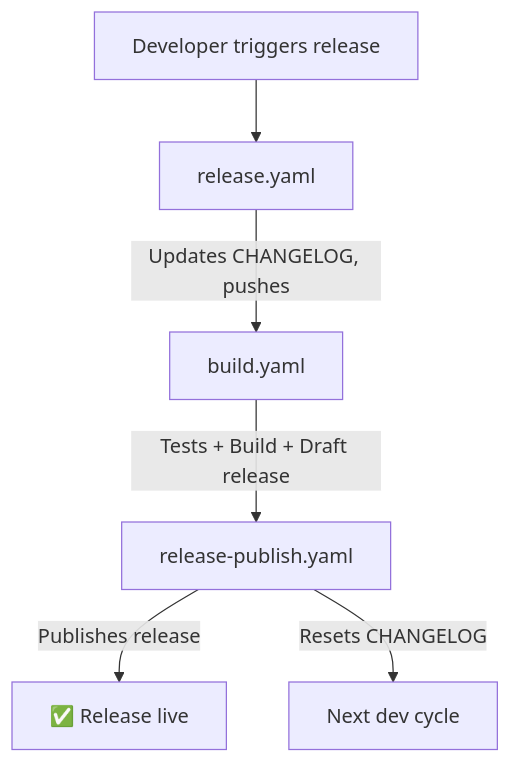
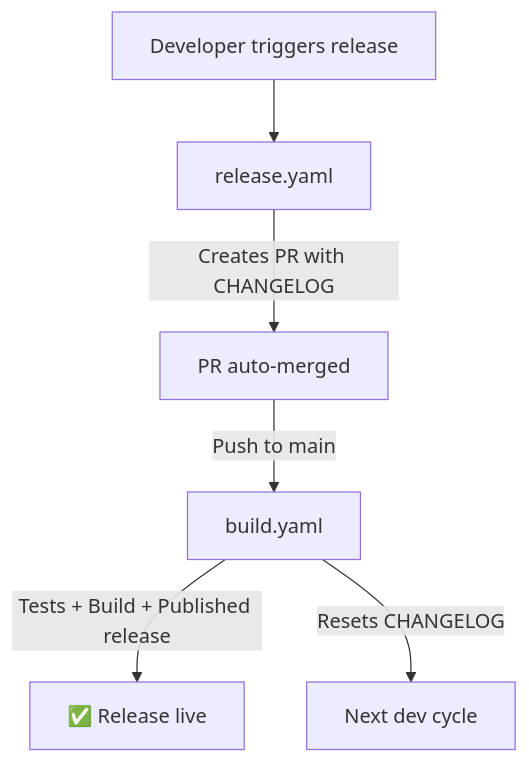
The diagram in docs/RELEASE_PROCESS.md (dianlight/srat), drawn with Mermaid before and after one commit. The commit also changed other lines of this file and 6 other files, not shown here.

First line of the commit message:
👷 ci: consolidate release publishing into build workflow

````diff
--- a/docs/RELEASE_PROCESS.md
+++ b/docs/RELEASE_PROCESS.md
@@ -34,8 +33,8 @@
 ```mermaid
 flowchart TD
     A[Developer triggers release] --> B[release.yaml]
-    B -->|Updates CHANGELOG, pushes| C[build.yaml]
-    C -->|Tests + Build + Draft release| D[release-publish.yaml]
-    D -->|Publishes release| E[✅ Release live]
+    B -->|Creates PR with CHANGELOG| C[PR auto-merged]
+    C -->|Push to main| D[build.yaml]
+    D -->|Tests + Build + Published release| E[✅ Release live]
     D -->|Resets CHANGELOG| F[Next dev cycle]
 ```
````
